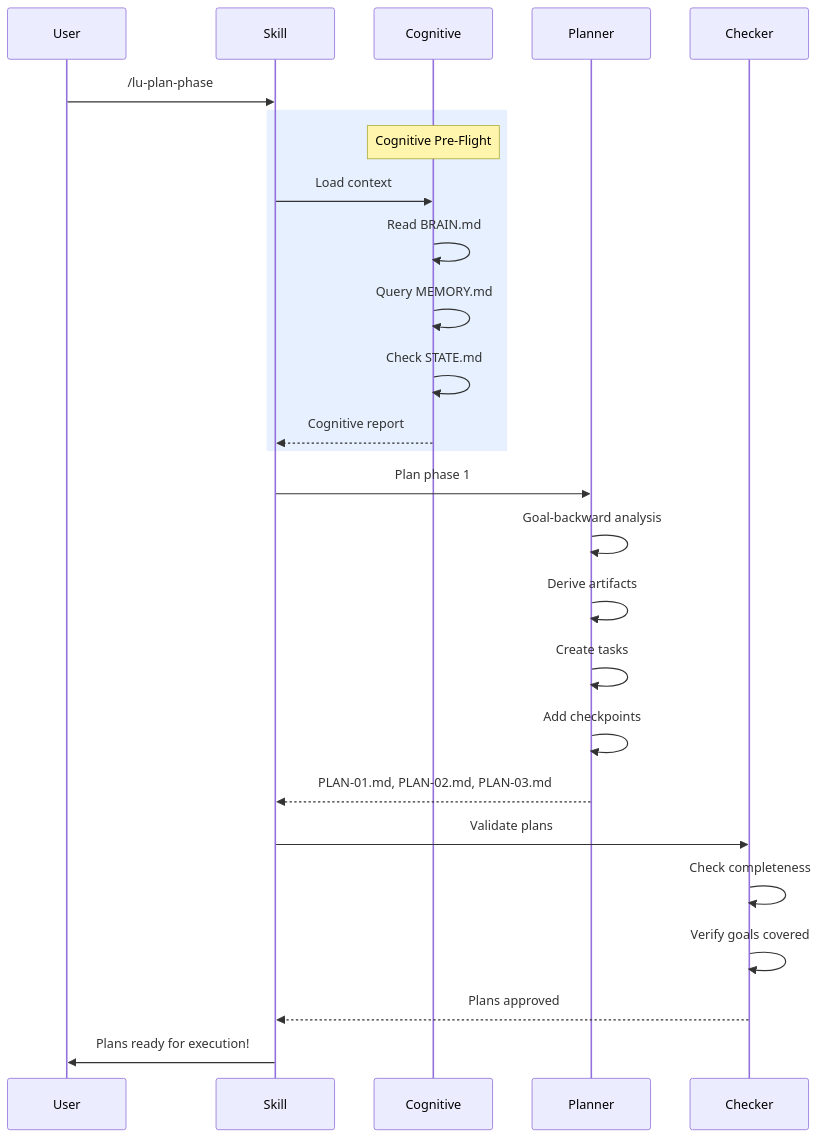
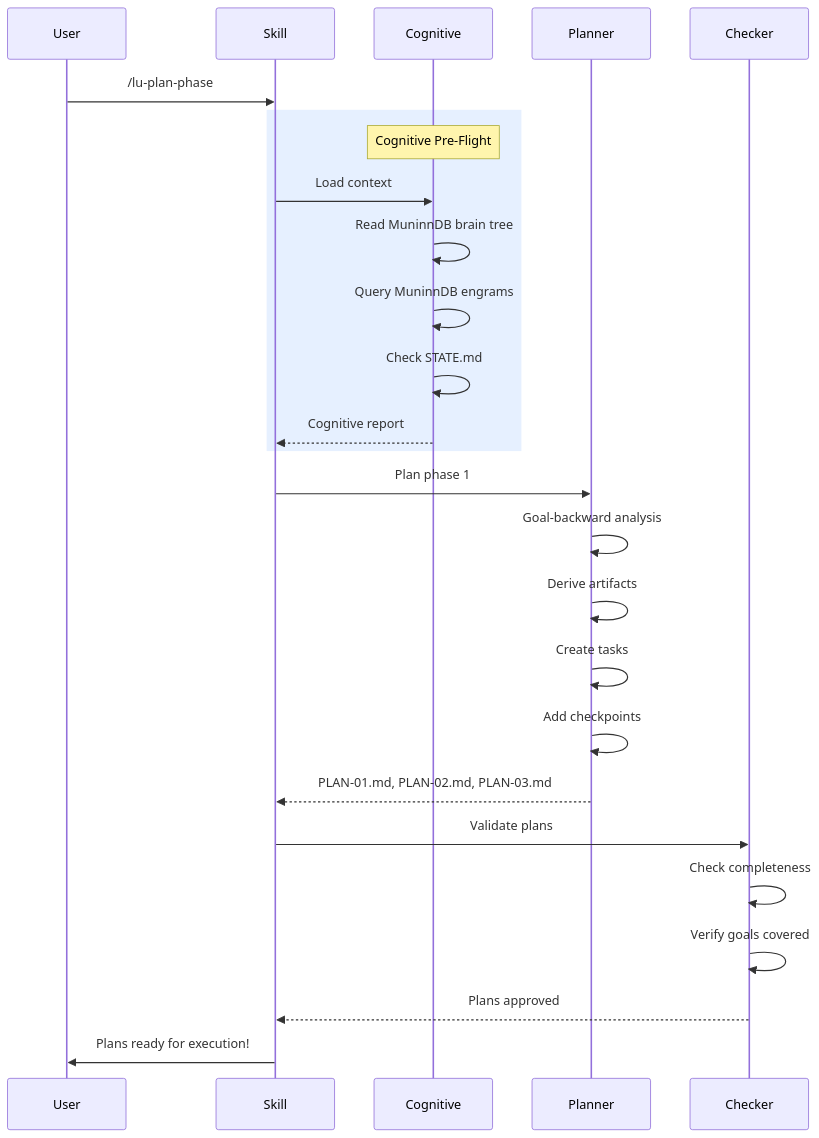
The fifth of 12 diagrams in docs/agent-framework/luca/end-to-end-workflow.md (asibilia/luca-framework), drawn with Mermaid before and after one commit. The commit also changed other lines of this file and 820 other files, not shown here.

````diff
--- a/docs/agent-framework/luca/end-to-end-workflow.md
+++ b/docs/agent-framework/luca/end-to-end-workflow.md
@@ -235,29 +235,29 @@
 ```mermaid
 sequenceDiagram
     participant U as User
     participant S as Skill
     participant C as Cognitive
     participant P as Planner
     participant Ch as Checker
 
     U->>S: /lu-plan-phase
     rect rgb(230, 240, 255)
         Note over C: Cognitive Pre-Flight
         S->>C: Load context
-        C->>C: Read BRAIN.md
-        C->>C: Query MEMORY.md
+        C->>C: Read MuninnDB brain tree
+        C->>C: Query MuninnDB engrams
         C->>C: Check STATE.md
         C-->>S: Cognitive report
     end
     S->>P: Plan phase 1
     P->>P: Goal-backward analysis
     P->>P: Derive artifacts
     P->>P: Create tasks
     P->>P: Add checkpoints
     P-->>S: PLAN-01.md, PLAN-02.md, PLAN-03.md
     S->>Ch: Validate plans
     Ch->>Ch: Check completeness
     Ch->>Ch: Verify goals covered
     Ch-->>S: Plans approved
     S->>U: Plans ready for execution!
 ```
````
